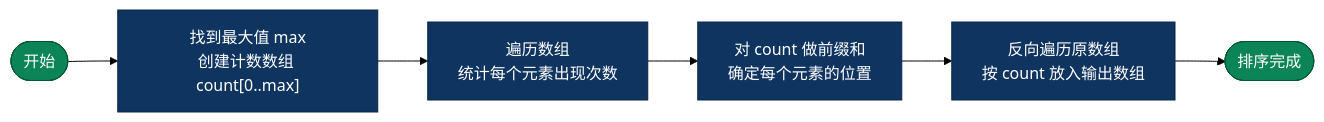
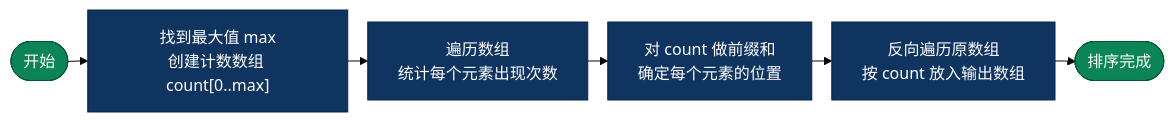
The tenth of 14 diagrams in sorting/AI-Era-Top-10-Sorting-Algorithms.md (microwind/algorithms), drawn with Mermaid (forest theme) before and after one commit. The commit also changed other lines of this file and 3 other files, not shown here.

````diff
--- a/sorting/AI-Era-Top-10-Sorting-Algorithms.md
+++ b/sorting/AI-Era-Top-10-Sorting-Algorithms.md
@@ -611,14 +615,15 @@
 ```mermaid
+%%{init: {'flowchart': {'nodeSpacing': 10, 'rankSpacing': 20, 'padding': 15}}}%%
 graph LR
     S(["开始"]) --> RANGE["找到最大值 max\n创建计数数组 count[0..max]"]
     RANGE --> COUNT["遍历数组\n统计每个元素出现次数"]
     COUNT --> PREFIX["对 count 做前缀和\n确定每个元素的位置"]
     PREFIX --> FILL["反向遍历原数组\n按 count 放入输出数组"]
     FILL --> END(["排序完成"])
 
     classDef start fill:#0b8457,color:#fff,stroke:#065535
     classDef process fill:#0f3460,color:#fff,stroke:#0a2647
 
     class S,END start
     class RANGE,COUNT,PREFIX,FILL process
 ```
````
